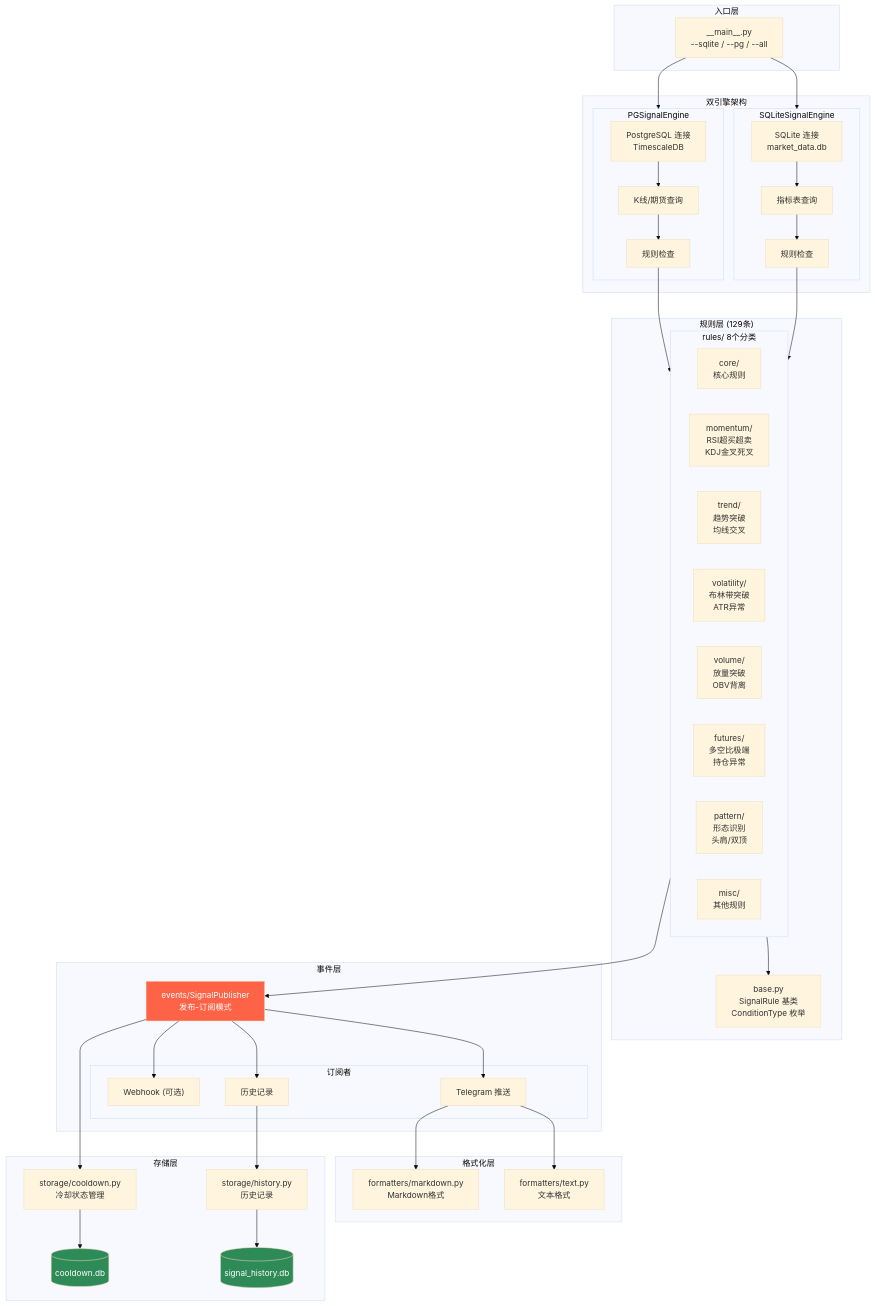
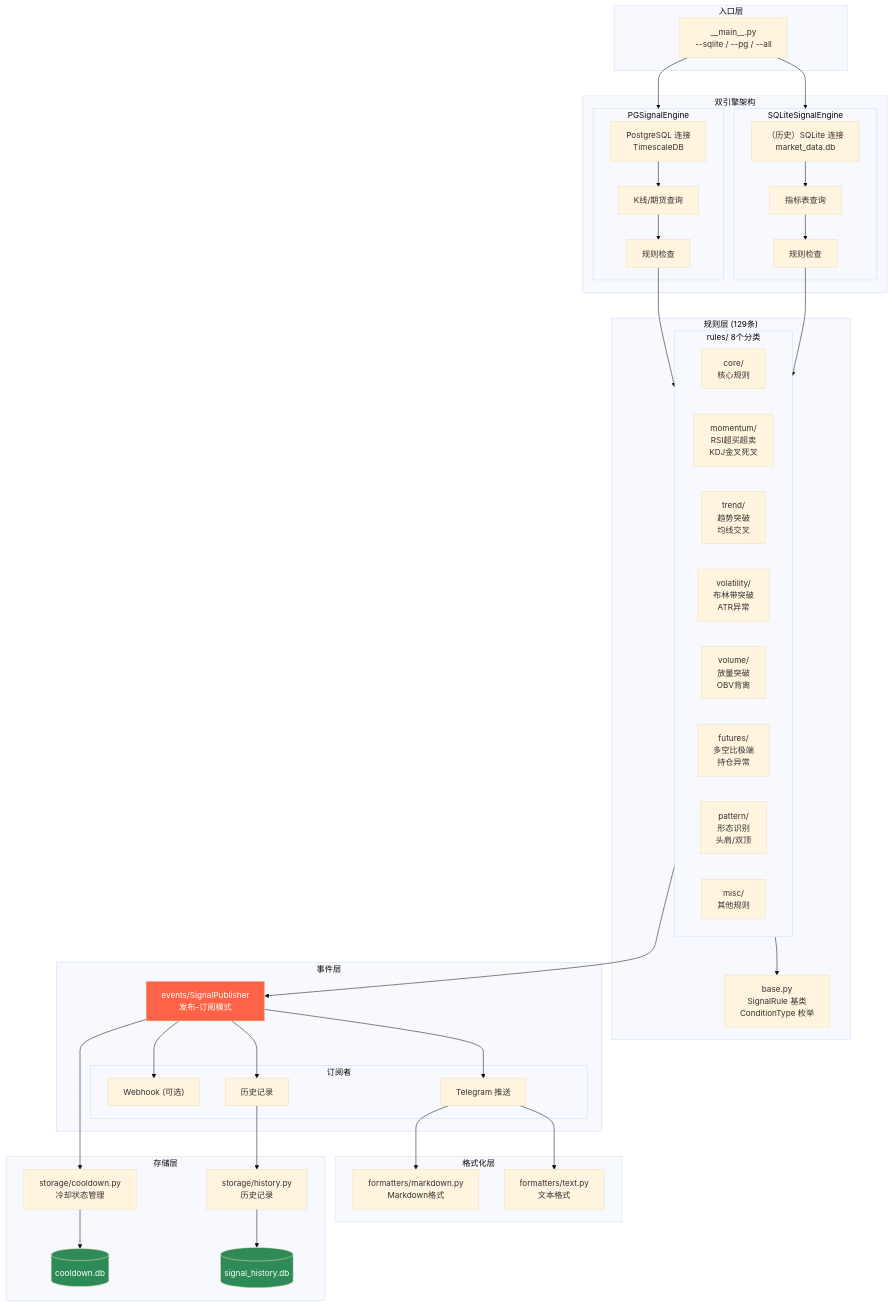
The fifth of 9 diagrams in assets/docs/analysis/system_architecture_flowchart.md (RogerYet/tradecat), drawn with Mermaid (base theme) before and after one commit. The commit also changed other lines of this file and 14 other files, not shown here.

```diff
--- a/assets/docs/analysis/system_architecture_flowchart.md
+++ b/assets/docs/analysis/system_architecture_flowchart.md
@@ -554,7 +557,7 @@
 
     subgraph 引擎["双引擎架构"]
         subgraph SQLITE_ENG["SQLiteSignalEngine"]
-            SE_CONN["SQLite 连接<br>market_data.db"]
+            SE_CONN["（历史）SQLite 连接<br>market_data.db"]
             SE_QUERY["指标表查询"]
             SE_CHECK["规则检查"]
         end
```
